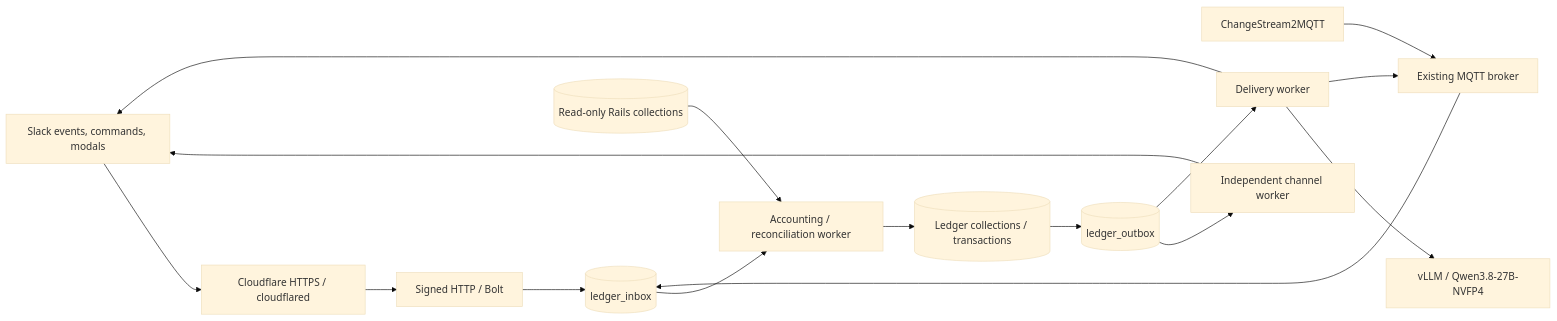
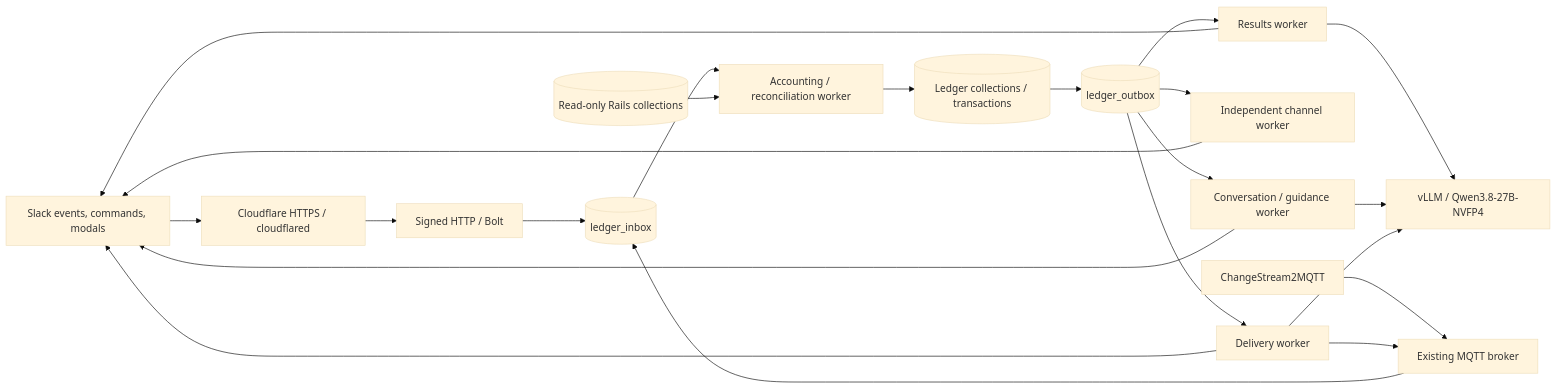
Before and after one commit to ManchesterMakerspace/makerspace-gamification: the diagram in docs/ARCHITECTURE.md, drawn with Mermaid (base theme). The commit also changed other lines of this file and 59 other files, not shown here.

````diff
--- a/docs/ARCHITECTURE.md
+++ b/docs/ARCHITECTURE.md
@@ -3,18 +3,24 @@
 ```mermaid
 flowchart LR
     Slack[Slack events, commands, modals] --> Tunnel[Cloudflare HTTPS / cloudflared]
     Tunnel --> Web[Signed HTTP / Bolt]
     Web --> Inbox[(ledger_inbox)]
     Bridge[ChangeStream2MQTT] --> MQTT[Existing MQTT broker]
     MQTT --> Inbox
     Inbox --> Accounting[Accounting / reconciliation worker]
     Source[(Read-only Rails collections)] --> Accounting
     Accounting --> Game[(Ledger collections / transactions)]
     Game --> Outbox[(ledger_outbox)]
     Outbox --> Channels[Independent channel worker]
     Outbox --> Delivery[Delivery worker]
+    Outbox --> Results[Results worker]
+    Outbox --> Interactive[Conversation / guidance worker]
+    Results --> AI
+    Results --> Slack
+    Interactive --> AI
+    Interactive --> Slack
     Delivery --> AI[vLLM / Qwen3.8-27B-NVFP4]
     Delivery --> Slack
     Channels --> Slack
     Delivery --> MQTT
 ```
````
